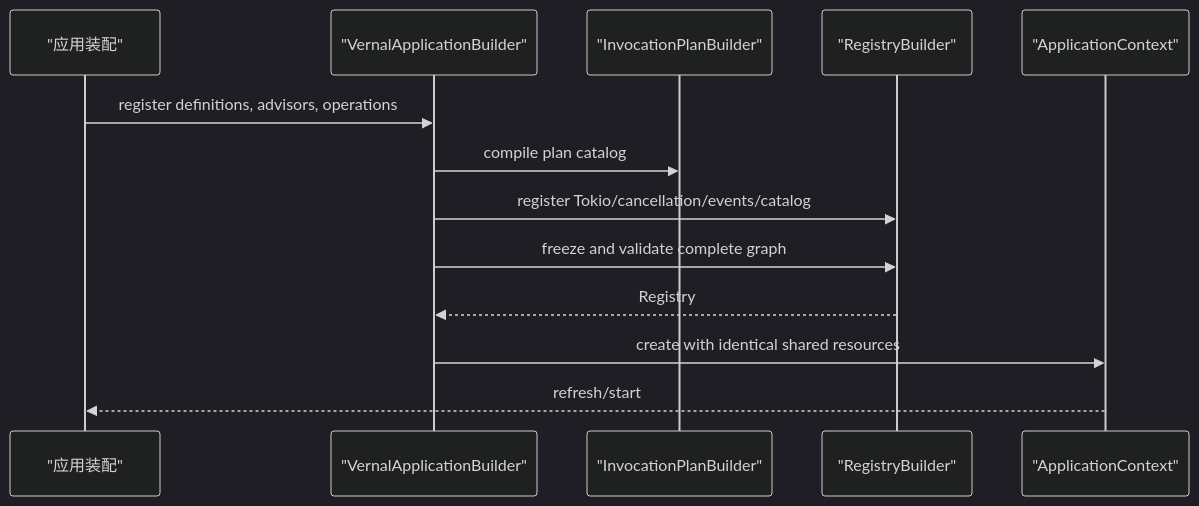
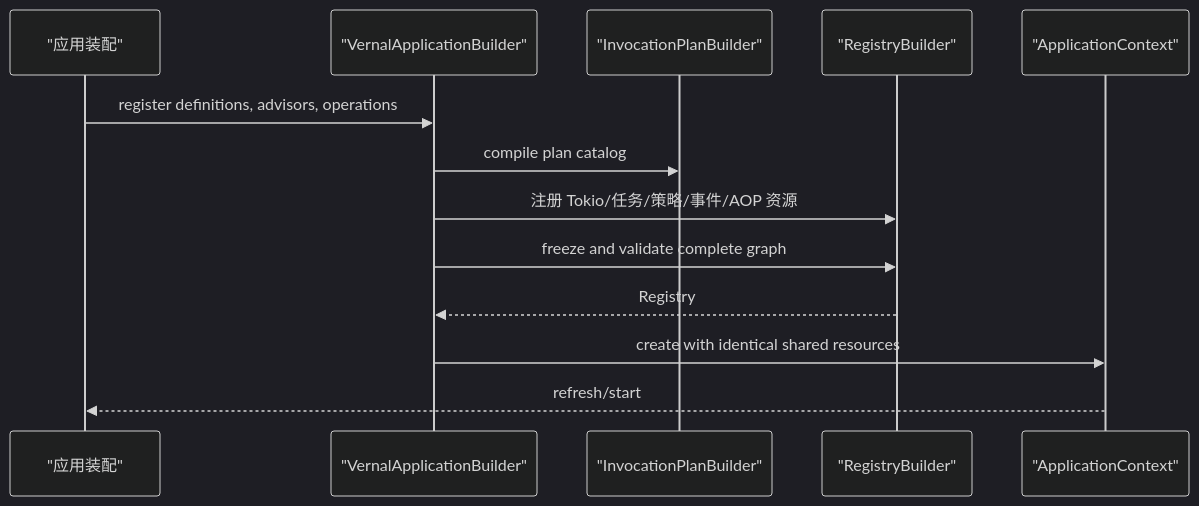
Before and after one commit to easy-4-rust/vernal: the ninth of 14 diagrams in docs/Vernal-Architecture.zh_CN.md, drawn with Mermaid (dark theme). The commit also changed other lines of this file and 17 other files, not shown here.

````diff
--- a/docs/Vernal-Architecture.zh_CN.md
+++ b/docs/Vernal-Architecture.zh_CN.md
@@ -590,16 +594,16 @@
 ```mermaid
 sequenceDiagram
     participant App as "应用装配"
     participant Builder as "VernalApplicationBuilder"
     participant AOP as "InvocationPlanBuilder"
     participant Graph as "RegistryBuilder"
     participant Context as "ApplicationContext"
 
     App->>Builder: register definitions, advisors, operations
     Builder->>AOP: compile plan catalog
-    Builder->>Graph: register Tokio/cancellation/events/catalog
+    Builder->>Graph: 注册 Tokio/任务/策略/事件/AOP 资源
     Builder->>Graph: freeze and validate complete graph
     Graph-->>Builder: Registry
     Builder->>Context: create with identical shared resources
     Context-->>App: refresh/start
 ```
````
